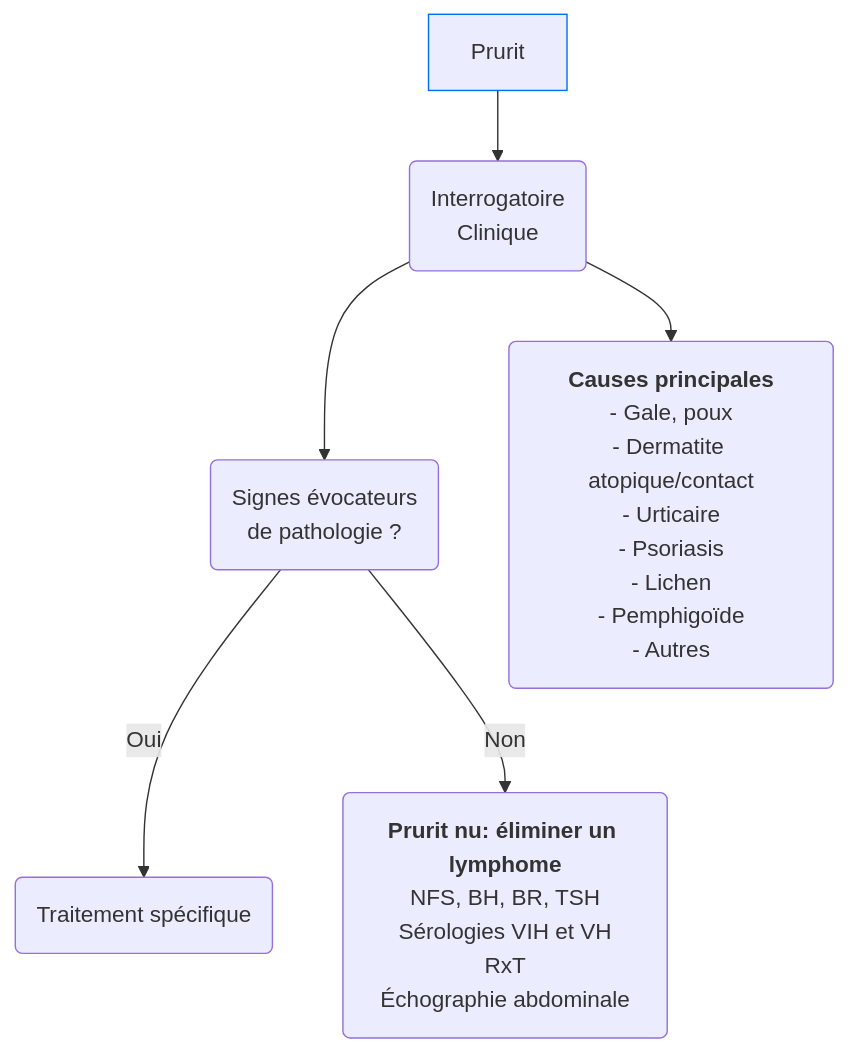
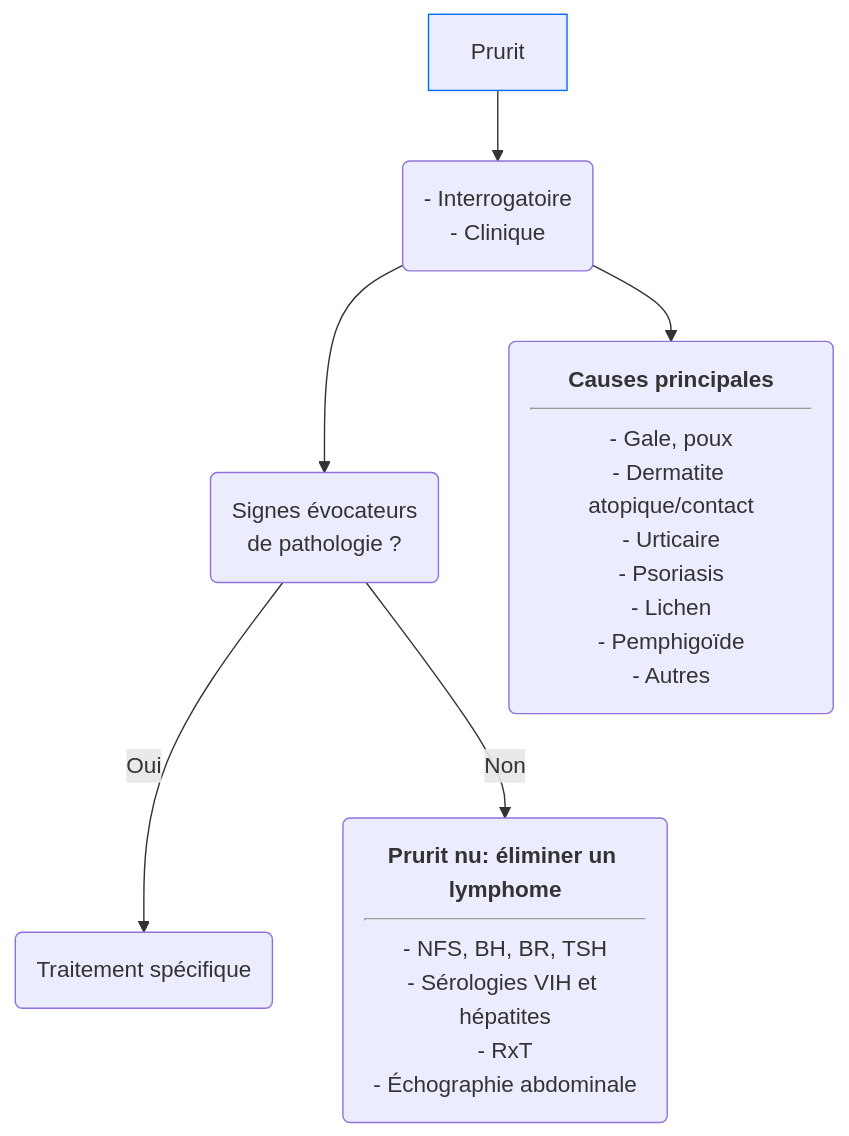
The diagram in content/recommandations/prurit.md (djibe/recommandations-medicales), drawn with Mermaid before and after one commit. The commit also changed other lines of this file and 33 other files, not shown here.

```diff
--- a/content/recommandations/prurit.md
+++ b/content/recommandations/prurit.md
@@ -173,9 +175,9 @@
 {{< mermaid title="Conduite à tenir devant un prurit. Dr JB FRON d'après CEDEF 2017" >}}
 graph TB
-  prurit["Prurit"] --> examen("Interrogatoire<br>Clinique")
+  prurit["Prurit"] --> examen("- Interrogatoire<br>- Clinique")
   style prurit stroke:#006ef4, stroke-width:1px
     examen --> orientation("Signes évocateurs <br>de pathologie ?")
       orientation -- Oui --> tttSpe("Traitement spécifique")
-      orientation -- Non --> bilan("<b>Prurit nu: éliminer un lymphome</b><br>NFS, BH, BR, TSH<br>Sérologies VIH et VH<br>RxT<br>Échographie abdominale")
-    examen --> etiologie("<b>Causes principales</b><br>- Gale, poux<br>- Dermatite atopique/contact<br>- Urticaire<br>- Psoriasis<br>- Lichen<br>- Pemphigoïde<br>- Autres")
+      orientation -- Non --> bilan("<b>Prurit nu: éliminer un lymphome</b><hr>- NFS, BH, BR, TSH<br>- Sérologies VIH et hépatites<br>- RxT<br>- Échographie abdominale")
+    examen --> etiologie("<b>Causes principales</b><hr>- Gale, poux<br>- Dermatite atopique/contact<br>- Urticaire<br>- Psoriasis<br>- Lichen<br>- Pemphigoïde<br>- Autres")
 {{< /mermaid >}}
```
